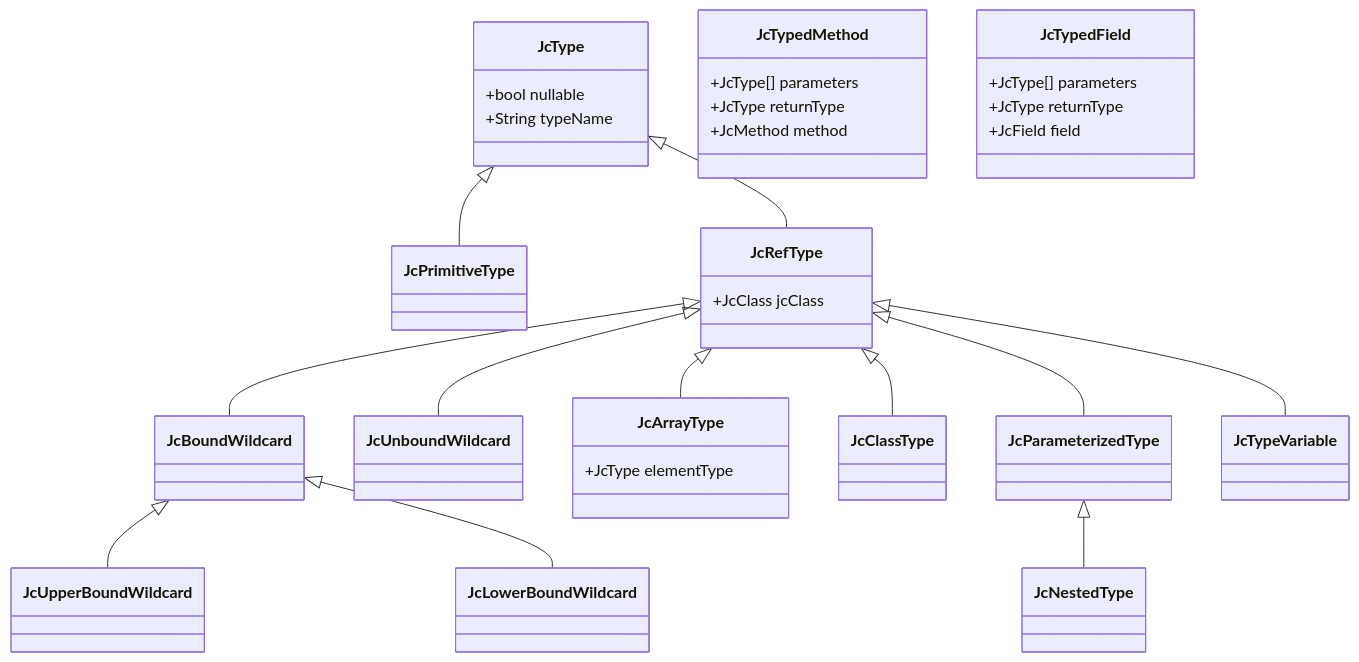
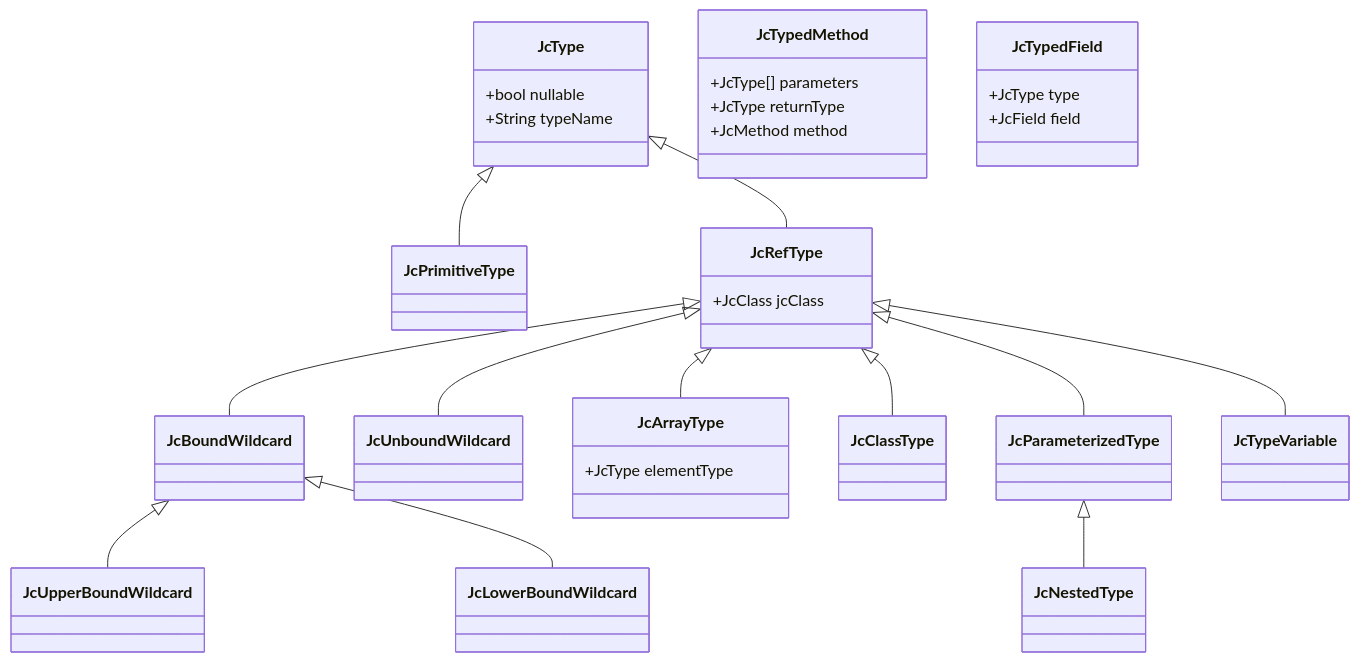
The second of 4 diagrams in design.md (UnitTestBot/jacodb), drawn with Mermaid before and after one commit. The commit also changed other lines of this file and 1 other file, not shown here.

````diff
--- a/design.md
+++ b/design.md
@@ -25,37 +74,36 @@
 ```mermaid
 classDiagram
     JcType <|-- JcPrimitiveType
     JcType <|-- JcRefType
     JcRefType <|-- JcBoundWildcard
     JcRefType <|-- JcUnboundWildcard
     JcBoundWildcard <|-- JcUpperBoundWildcard
     JcBoundWildcard <|-- JcLowerBoundWildcard
     JcRefType <|-- JcArrayType
     JcRefType <|-- JcClassType
     JcRefType <|-- JcParameterizedType
     JcRefType <|-- JcTypeVariable
     JcParameterizedType <|-- JcNestedType
     class JcType {
       +bool nullable
       +String typeName
     }
 
     class JcRefType {
       +JcClass jcClass 
     }
     class JcArrayType {
        +JcType elementType
     }
 
     class JcTypedMethod {
       +JcType[] parameters
       +JcType returnType
       +JcMethod method
     }
 
     class JcTypedField {
-      +JcType[] parameters
-      +JcType returnType
+      +JcType type
       +JcField field
     }
 ``` 
````
